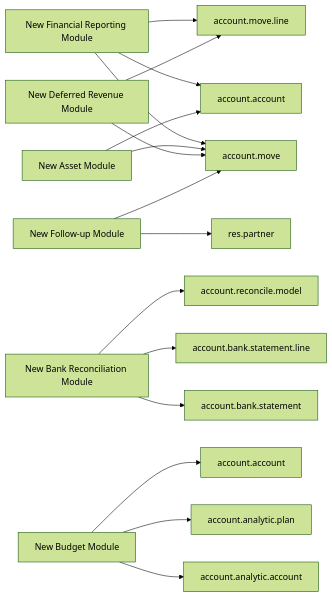
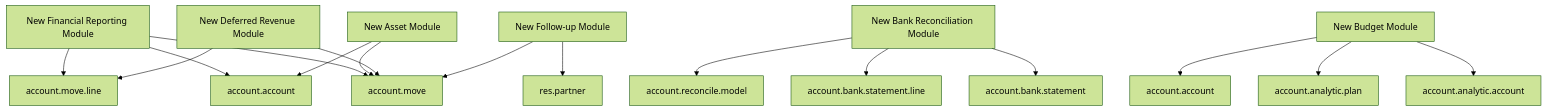
Before and after one commit to blitzy-research/odoo: the first of 5 diagrams in docs/technical-specifications.md, drawn with Mermaid (forest theme). The commit also changed other lines of this file and 3 other files, not shown here.

````diff
--- a/docs/technical-specifications.md
+++ b/docs/technical-specifications.md
@@ -306,23 +305,23 @@
 ```mermaid
-graph LR
+graph TD
     A[New Financial Reporting Module] --> B[account.move]
     A --> C[account.move.line]
     A --> D[account.account]
     
     E[New Bank Reconciliation Module] --> F[account.bank.statement]
     E --> G[account.bank.statement.line]
     E --> H[account.reconcile.model]
     
     I[New Budget Module] --> J[account.analytic.account]
     I --> K[account.analytic.plan]
     I --> L[account.account]
     
     M[New Asset Module] --> B
     M --> D
     
     N[New Deferred Revenue Module] --> B
     N --> C
     
     O[New Follow-up Module] --> P[res.partner]
     O --> B
 ```
````
